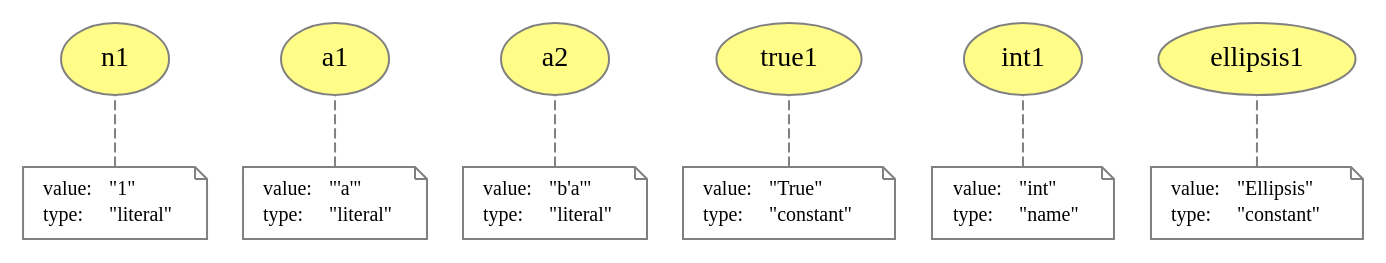
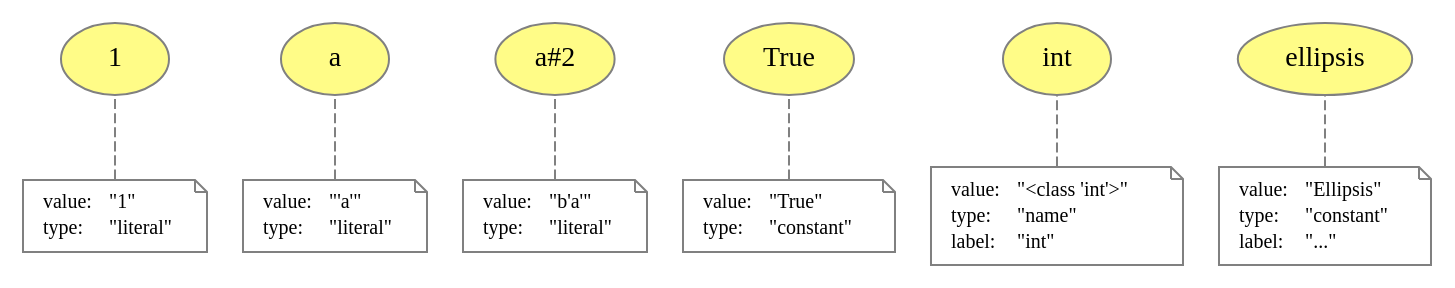
Before and after one commit to dew-uff/versioned-prov: the diagram in prov_dictionary/names.dot, drawn with Graphviz. The commit also changed 51 other files, not shown here.

```diff
--- a/prov_dictionary/names.dot
+++ b/prov_dictionary/names.dot
@@ -1,74 +1,82 @@
 digraph "PROV" { size="16,12"; rankdir="BT";
-"http://example.org/n1" [fillcolor="#FFFC87",color="#808080",style="filled",label="n1",URL="http://example.org/n1"]
+"http://example.org/1" [fillcolor="#FFFC87",color="#808080",style="filled",label="1",URL="http://example.org/1"]
 "-attrs0" [color="gray",shape="note",fontsize="10",fontcolor="black",label=<<TABLE cellpadding="0" border="0">
 	<TR>
 	    <TD align="left">value:</TD>
 	    <TD align="left">&quot;1&quot;</TD>
 	</TR>
 	<TR>
 	    <TD align="left">type:</TD>
 	    <TD align="left">&quot;literal&quot;</TD>
 	</TR>
 </TABLE>>]
-"-attrs0" -> "http://example.org/n1" [color="gray",style="dashed",arrowhead="none"]
-"http://example.org/a1" [fillcolor="#FFFC87",color="#808080",style="filled",label="a1",URL="http://example.org/a1"]
+"-attrs0" -> "http://example.org/1" [color="gray",style="dashed",arrowhead="none"]
+"http://example.org/a" [fillcolor="#FFFC87",color="#808080",style="filled",label="a",URL="http://example.org/a"]
 "-attrs1" [color="gray",shape="note",fontsize="10",fontcolor="black",label=<<TABLE cellpadding="0" border="0">
 	<TR>
 	    <TD align="left">value:</TD>
 	    <TD align="left">&quot;&#x27;a&#x27;&quot;</TD>
 	</TR>
 	<TR>
 	    <TD align="left">type:</TD>
 	    <TD align="left">&quot;literal&quot;</TD>
 	</TR>
 </TABLE>>]
-"-attrs1" -> "http://example.org/a1" [color="gray",style="dashed",arrowhead="none"]
-"http://example.org/a2" [fillcolor="#FFFC87",color="#808080",style="filled",label="a2",URL="http://example.org/a2"]
+"-attrs1" -> "http://example.org/a" [color="gray",style="dashed",arrowhead="none"]
+"http://example.org/a#2" [fillcolor="#FFFC87",color="#808080",style="filled",label="a#2",URL="http://example.org/a#2"]
 "-attrs2" [color="gray",shape="note",fontsize="10",fontcolor="black",label=<<TABLE cellpadding="0" border="0">
 	<TR>
 	    <TD align="left">value:</TD>
 	    <TD align="left">&quot;b&#x27;a&#x27;&quot;</TD>
 	</TR>
 	<TR>
 	    <TD align="left">type:</TD>
 	    <TD align="left">&quot;literal&quot;</TD>
 	</TR>
 </TABLE>>]
-"-attrs2" -> "http://example.org/a2" [color="gray",style="dashed",arrowhead="none"]
-"http://example.org/true1" [fillcolor="#FFFC87",color="#808080",style="filled",label="true1",URL="http://example.org/true1"]
+"-attrs2" -> "http://example.org/a#2" [color="gray",style="dashed",arrowhead="none"]
+"http://example.org/True" [fillcolor="#FFFC87",color="#808080",style="filled",label="True",URL="http://example.org/True"]
 "-attrs3" [color="gray",shape="note",fontsize="10",fontcolor="black",label=<<TABLE cellpadding="0" border="0">
 	<TR>
 	    <TD align="left">value:</TD>
 	    <TD align="left">&quot;True&quot;</TD>
 	</TR>
 	<TR>
 	    <TD align="left">type:</TD>
 	    <TD align="left">&quot;constant&quot;</TD>
 	</TR>
 </TABLE>>]
-"-attrs3" -> "http://example.org/true1" [color="gray",style="dashed",arrowhead="none"]
-"http://example.org/int1" [fillcolor="#FFFC87",color="#808080",style="filled",label="int1",URL="http://example.org/int1"]
+"-attrs3" -> "http://example.org/True" [color="gray",style="dashed",arrowhead="none"]
+"http://example.org/int" [fillcolor="#FFFC87",color="#808080",style="filled",label="int",URL="http://example.org/int"]
 "-attrs4" [color="gray",shape="note",fontsize="10",fontcolor="black",label=<<TABLE cellpadding="0" border="0">
 	<TR>
 	    <TD align="left">value:</TD>
-	    <TD align="left">&quot;int&quot;</TD>
+	    <TD align="left">&quot;&lt;class &#x27;int&#x27;&gt;&quot;</TD>
 	</TR>
 	<TR>
 	    <TD align="left">type:</TD>
 	    <TD align="left">&quot;name&quot;</TD>
 	</TR>
+	<TR>
+	    <TD align="left">label:</TD>
+	    <TD align="left">&quot;int&quot;</TD>
+	</TR>
 </TABLE>>]
-"-attrs4" -> "http://example.org/int1" [color="gray",style="dashed",arrowhead="none"]
-"http://example.org/ellipsis1" [fillcolor="#FFFC87",color="#808080",style="filled",label="ellipsis1",URL="http://example.org/ellipsis1"]
+"-attrs4" -> "http://example.org/int" [color="gray",style="dashed",arrowhead="none"]
+"http://example.org/ellipsis" [fillcolor="#FFFC87",color="#808080",style="filled",label="ellipsis",URL="http://example.org/ellipsis"]
 "-attrs5" [color="gray",shape="note",fontsize="10",fontcolor="black",label=<<TABLE cellpadding="0" border="0">
 	<TR>
 	    <TD align="left">value:</TD>
 	    <TD align="left">&quot;Ellipsis&quot;</TD>
 	</TR>
 	<TR>
 	    <TD align="left">type:</TD>
 	    <TD align="left">&quot;constant&quot;</TD>
 	</TR>
+	<TR>
+	    <TD align="left">label:</TD>
+	    <TD align="left">&quot;...&quot;</TD>
+	</TR>
 </TABLE>>]
-"-attrs5" -> "http://example.org/ellipsis1" [color="gray",style="dashed",arrowhead="none"]
+"-attrs5" -> "http://example.org/ellipsis" [color="gray",style="dashed",arrowhead="none"]
 }
```
